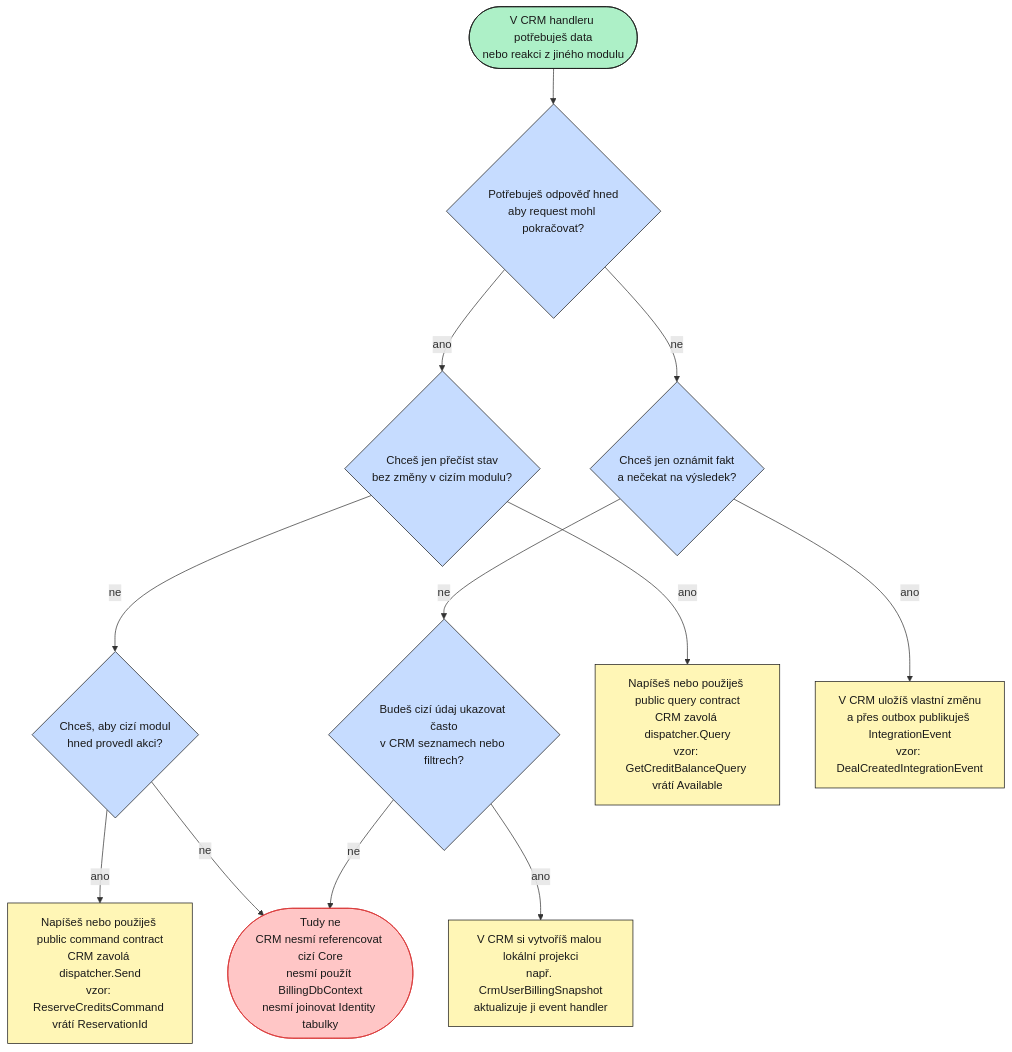
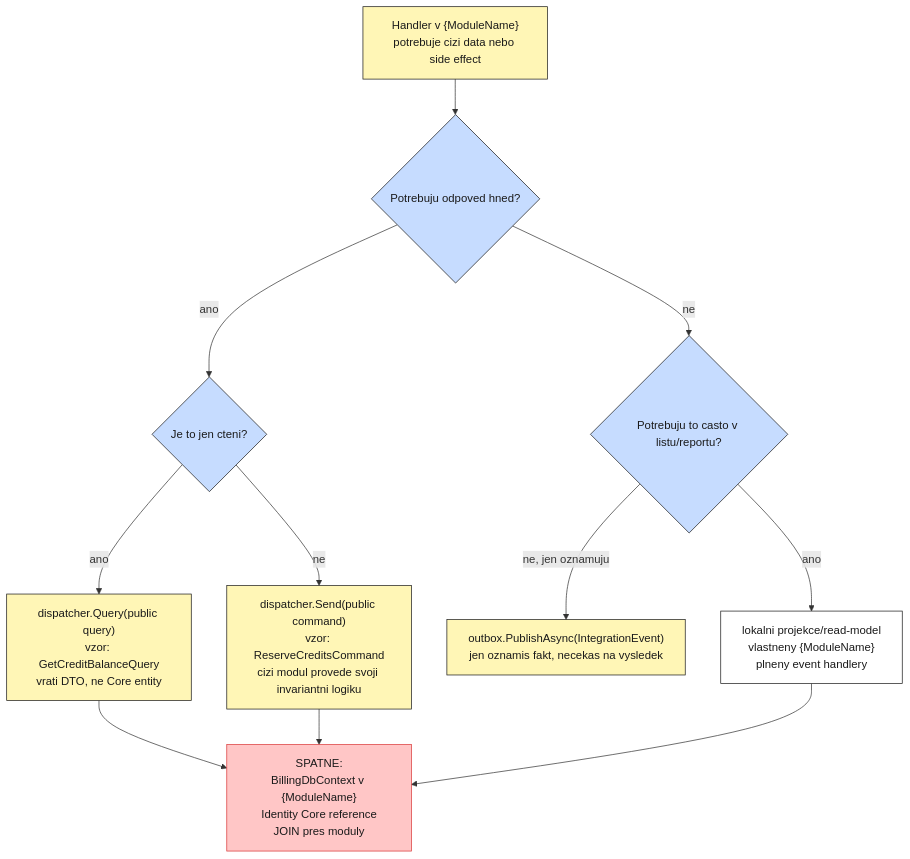
The second of 7 diagrams in CRM_MODULE_ARCHITECTURE.md (SolutionBox-corp/ModularPlatform), drawn with Mermaid before and after one commit. The commit also changed other lines of this file, not shown here.

Commit message:
docs: generalize module architecture guide

````diff
--- a/CRM_MODULE_ARCHITECTURE.md
+++ b/CRM_MODULE_ARCHITECTURE.md
@@ -147,33 +217,29 @@
 ```mermaid
 flowchart TB
     classDef proc fill:#fff6b6,stroke:#1a1a1a,color:#1a1a1a
     classDef dec fill:#c6dcff,stroke:#1a1a1a,color:#1a1a1a
-    classDef term fill:#adf0c7,stroke:#1a1a1a,color:#1a1a1a
+    classDef err fill:#ffc6c6,stroke:#d93636,color:#1a1a1a
     classDef data fill:#ffffff,stroke:#1a1a1a,color:#1a1a1a
-    classDef err fill:#ffc6c6,stroke:#d93636,color:#1a1a1a
 
-    START(["V CRM handleru potřebuješ data<br/>nebo reakci z jiného modulu"]):::term
-    NEEDNOW{"Potřebuješ odpověď hned<br/>aby request mohl pokračovat?"}:::dec
-    READ{"Chceš jen přečíst stav<br/>bez změny v cizím modulu?"}:::dec
-    MUTATE{"Chceš, aby cizí modul<br/>hned provedl akci?"}:::dec
-    FACT{"Chceš jen oznámit fakt<br/>a nečekat na výsledek?"}:::dec
-    LIST{"Budeš cizí údaj ukazovat často<br/>v CRM seznamech nebo filtrech?"}:::dec
+    START["Handler v {ModuleName}<br/>potrebuje cizi data nebo side effect"]:::proc
+    NOW{"Potrebuju odpoved hned?"}:::dec
+    READ{"Je to jen cteni?"}:::dec
+    OFTEN{"Potrebuju to casto v listu/reportu?"}:::dec
 
-    QUERY["Napíšeš nebo použiješ public query contract<br/>CRM zavolá dispatcher.Query<br/>vzor: GetCreditBalanceQuery vrátí Available"]:::proc
-    COMMAND["Napíšeš nebo použiješ public command contract<br/>CRM zavolá dispatcher.Send<br/>vzor: ReserveCreditsCommand vrátí ReservationId"]:::proc
-    EVENT["V CRM uložíš vlastní změnu<br/>a přes outbox publikuješ IntegrationEvent<br/>vzor: DealCreatedIntegrationEvent"]:::proc
-    COPY["V CRM si vytvoříš malou lokální projekci<br/>např. CrmUserBillingSnapshot<br/>aktualizuje ji event handler"]:::proc
-    BAD(["Tudy ne<br/>CRM nesmí referencovat cizí Core<br/>nesmí použít BillingDbContext<br/>nesmí joinovat Identity tabulky"]):::err
+    QUERY["dispatcher.Query(public query)<br/>vzor: GetCreditBalanceQuery<br/>vrati DTO, ne Core entity"]:::proc
+    COMMAND["dispatcher.Send(public command)<br/>vzor: ReserveCreditsCommand<br/>cizi modul provede svoji invariantni logiku"]:::proc
+    EVENT["outbox.PublishAsync(IntegrationEvent)<br/>jen oznamis fakt, necekas na vysledek"]:::proc
+    PROJECTION["lokalni projekce/read-model<br/>vlastneny {ModuleName}<br/>plneny event handlery"]:::data
+    BAD["SPATNE:<br/>BillingDbContext v {ModuleName}<br/>Identity Core reference<br/>JOIN pres moduly"]:::err
 
-    START --> NEEDNOW
-    NEEDNOW -->|"ano"| READ
+    START --> NOW
+    NOW -->|"ano"| READ
     READ -->|"ano"| QUERY
-    READ -->|"ne"| MUTATE
-    MUTATE -->|"ano"| COMMAND
-    MUTATE -->|"ne"| BAD
-    NEEDNOW -->|"ne"| FACT
-    FACT -->|"ano"| EVENT
-    FACT -->|"ne"| LIST
-    LIST -->|"ano"| COPY
-    LIST -->|"ne"| BAD
+    READ -->|"ne"| COMMAND
+    NOW -->|"ne"| OFTEN
+    OFTEN -->|"ano"| PROJECTION
+    OFTEN -->|"ne, jen oznamuju"| EVENT
+    QUERY --> BAD
+    COMMAND --> BAD
+    PROJECTION --> BAD
 ```
````
